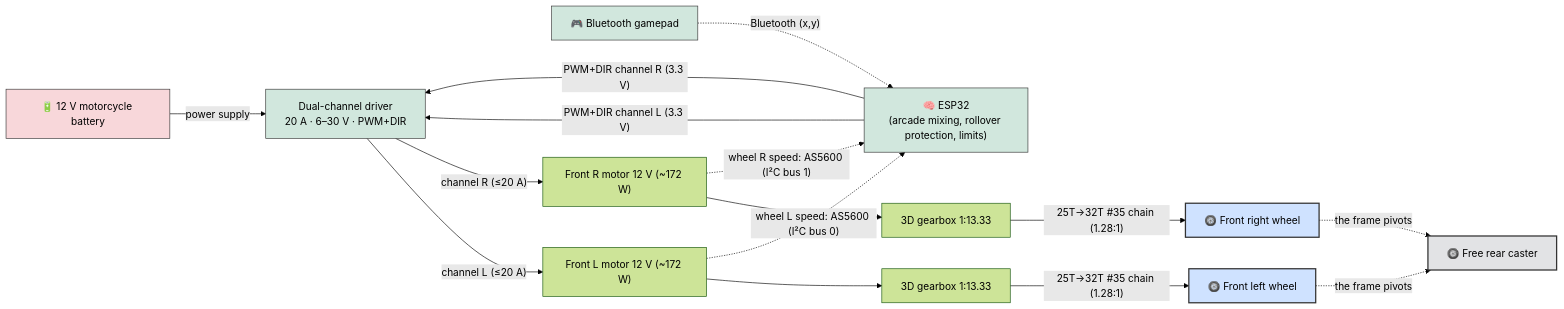
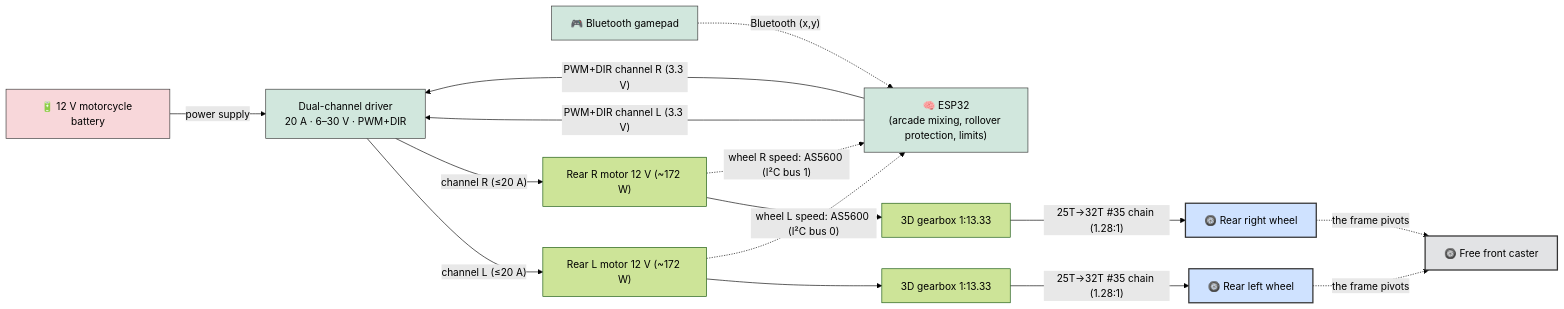
One commit to pinkymaxou/powered-soapbox-car changed the fifth of 9 diagrams in README.md. Above: the diagram before and after it, drawn with Mermaid (forest theme). The commit also changed other lines of this file and 9 other files, not shown here.

First line of the commit message:
The caster goes to the front, then the bench steps off the axle

````diff
--- a/README.md
+++ b/README.md
@@ -327,34 +328,34 @@
 ```mermaid
 flowchart LR
     BATT["🔋 12 V motorcycle battery"]
     PAD["🎮 Bluetooth gamepad"]
     ESP["🧠 ESP32<br/>(arcade mixing, rollover protection, limits)"]
     DRV["Dual-channel driver<br/>20 A · 6–30 V · PWM+DIR"]
-    M1["Front L motor 12 V (~172 W)"]
-    M2["Front R motor 12 V (~172 W)"]
+    M1["Rear L motor 12 V (~172 W)"]
+    M2["Rear R motor 12 V (~172 W)"]
     G1["3D gearbox 1:13.33"]
     G2["3D gearbox 1:13.33"]
-    R1["🛞 Front left wheel"]
-    R2["🛞 Front right wheel"]
-    CAS["🛞 Free rear caster"]
+    R1["🛞 Rear left wheel"]
+    R2["🛞 Rear right wheel"]
+    CAS["🛞 Free front caster"]
 
     BATT -- "power supply" --> DRV
     PAD -. "Bluetooth (x,y)" .-> ESP
     ESP -- "PWM+DIR channel L (3.3 V)" --> DRV
     ESP -- "PWM+DIR channel R (3.3 V)" --> DRV
     DRV -- "channel L (≤20 A)" --> M1 --> G1 -- "25T→32T #35 chain (1.28:1)" --> R1
     DRV -- "channel R (≤20 A)" --> M2 --> G2 -- "25T→32T #35 chain (1.28:1)" --> R2
     M1 -. "wheel L speed: AS5600 (I²C bus 0)" .-> ESP
     M2 -. "wheel R speed: AS5600 (I²C bus 1)" .-> ESP
     R1 -. "the frame pivots" .-> CAS
     R2 -. "the frame pivots" .-> CAS
 
     classDef pwr fill:#f8d7da,stroke:#333;
     classDef ctrl fill:#d1e7dd,stroke:#333;
     classDef wheel fill:#cfe2ff,stroke:#333,stroke-width:2px;
     classDef caster fill:#e2e3e5,stroke:#333,stroke-width:2px;
     class BATT pwr;
     class ESP,DRV,PAD ctrl;
     class R1,R2 wheel;
     class CAS caster;
 ```
````
